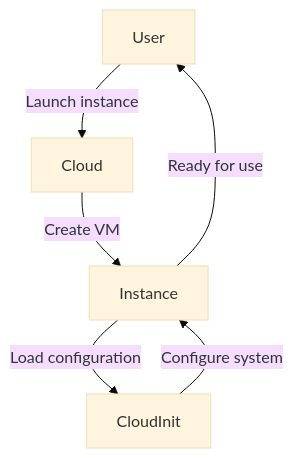
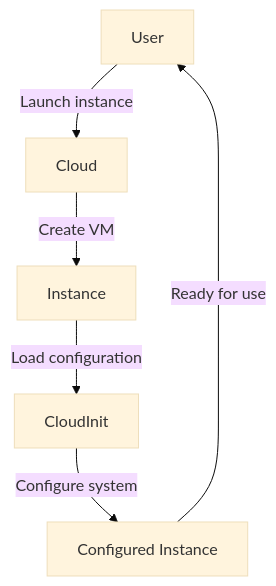
Before and after one commit to rbcmgs/cloud-init-library: the third of 3 diagrams in README.md, drawn with Mermaid (base theme).

Commit message:
Update README.md to improve flowchart clarity by renaming 'Instance' to 'Configured Instance'

````diff
--- a/README.md
+++ b/README.md
@@ -60,8 +60,8 @@
 ```mermaid
 flowchart TD
   User[User] -->|Launch instance| Cloud[Cloud]
   Cloud -->|Create VM| Instance[Instance]
   Instance -->|Load configuration| CloudInit[CloudInit]
-  CloudInit -->|Configure system| Instance
-  Instance -->|Ready for use| User
+  CloudInit -->|Configure system| ConfiguredInstance[Configured Instance]
+  ConfiguredInstance -->|Ready for use| User
 ```
````
